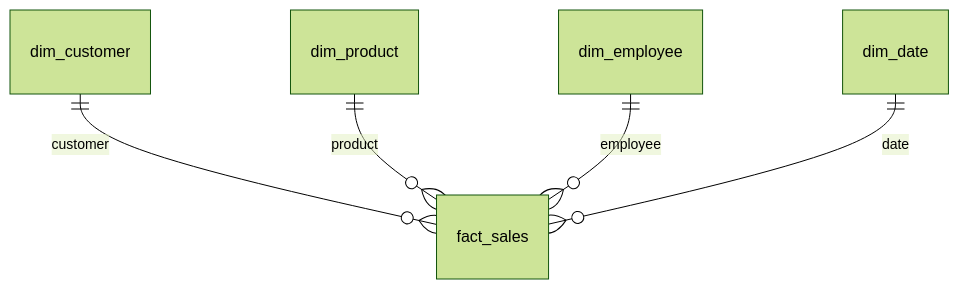
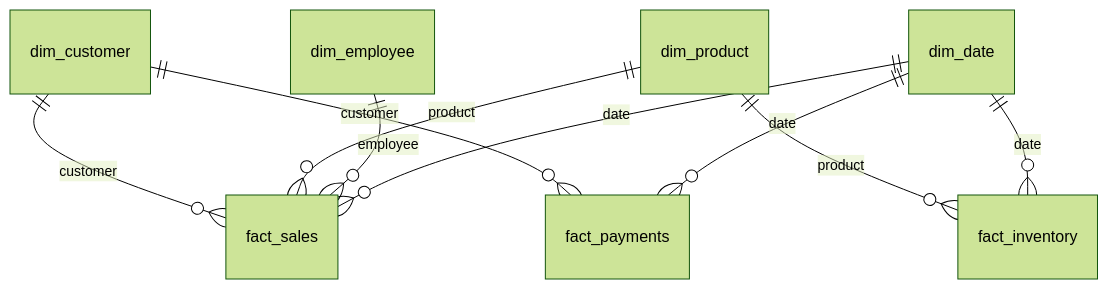
The second of 2 diagrams in README.md (babanomania/brewlytics), drawn with Mermaid (forest theme) before and after one commit. The commit also changed other lines of this file, not shown here.

Commit message:
docs: explain oltp and olap schemas

````diff
--- a/README.md
+++ b/README.md
@@ -93,7 +113,11 @@
 ```mermaid
 erDiagram
     dim_customer ||--o{ fact_sales : customer
     dim_product ||--o{ fact_sales : product
     dim_employee ||--o{ fact_sales : employee
     dim_date ||--o{ fact_sales : date
+    dim_product ||--o{ fact_inventory : product
+    dim_date ||--o{ fact_inventory : date
+    dim_customer ||--o{ fact_payments : customer
+    dim_date ||--o{ fact_payments : date
 ```
````
